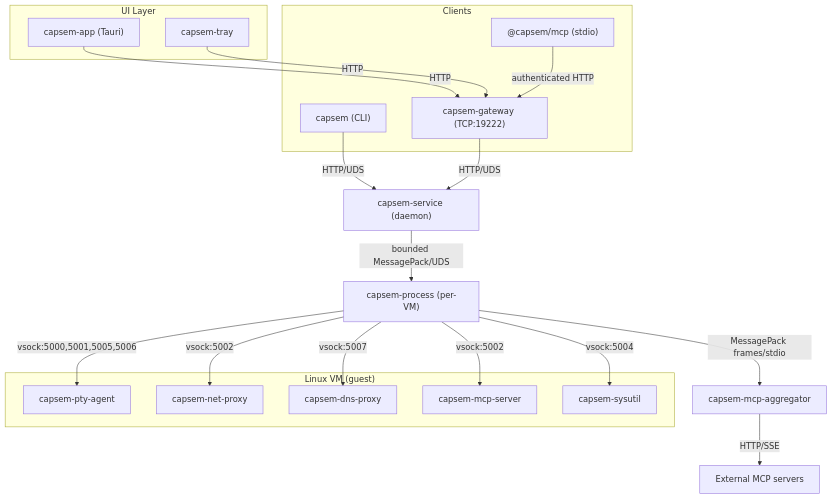
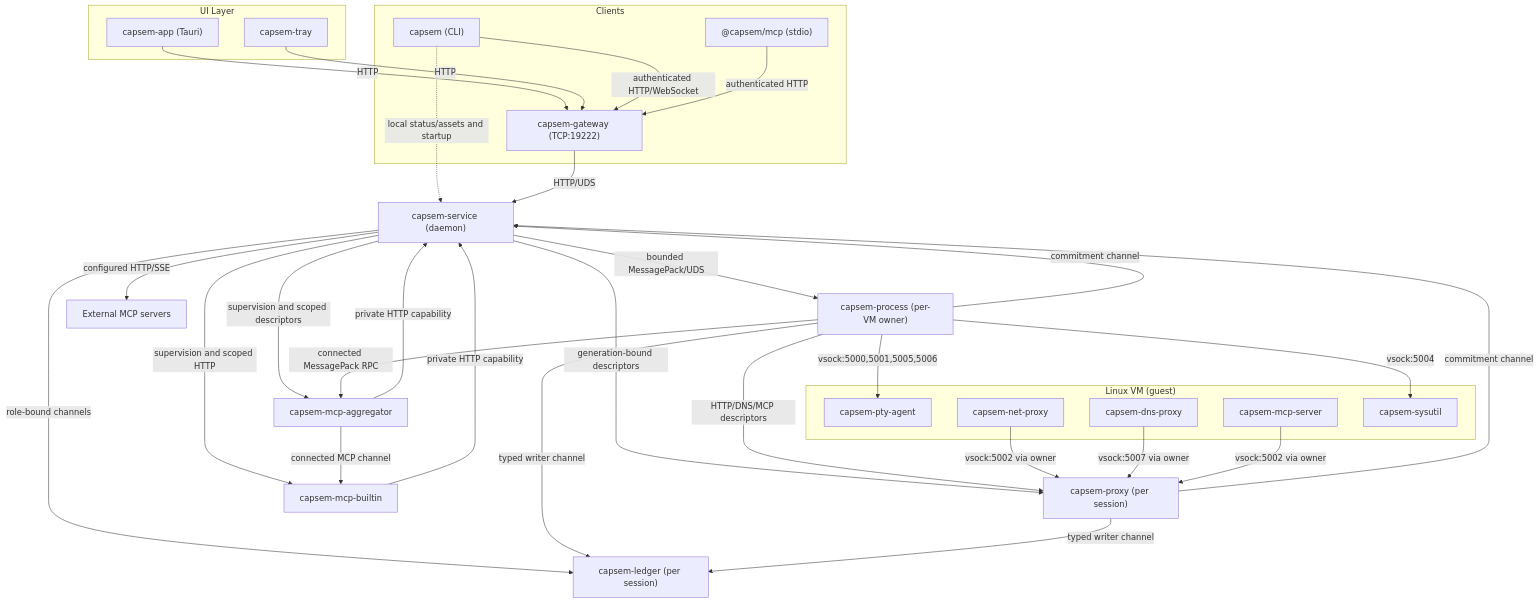
One commit to google/capsem changed the diagram in web/docs/src/content/docs/architecture/service-architecture.md. Above: the diagram before and after it, drawn with Mermaid. The commit also changed other lines of this file and 96 other files, not shown here.

````diff
--- a/web/docs/src/content/docs/architecture/service-architecture.md
+++ b/web/docs/src/content/docs/architecture/service-architecture.md
@@ -45,41 +52,54 @@
 ```mermaid
 graph TD
     subgraph Clients
         CLI["capsem (CLI)"]
         MCP["@capsem/mcp (stdio)"]
         GW["capsem-gateway (TCP:19222)"]
     end
 
     subgraph "UI Layer"
         APP["capsem-app (Tauri)"]
         TRAY["capsem-tray"]
     end
 
     APP -->|HTTP| GW
     TRAY -->|HTTP| GW
 
-    CLI -->|HTTP/UDS| SVC
+    CLI -->|"authenticated HTTP/WebSocket"| GW
+    CLI -.->|"local status/assets and startup"| SVC
     MCP -->|"authenticated HTTP"| GW
     GW -->|HTTP/UDS| SVC
 
     SVC["capsem-service (daemon)"]
 
-    SVC -->|"bounded MessagePack/UDS"| PROC["capsem-process (per-VM)"]
+    SVC -->|"bounded MessagePack/UDS"| PROC["capsem-process (per-VM owner)"]
+    SVC -->|"generation-bound descriptors"| PROXY["capsem-proxy (per session)"]
+    SVC -->|"role-bound channels"| LEDGER["capsem-ledger (per session)"]
 
-    PROC -->|"MessagePack frames/stdio"| AGG["capsem-mcp-aggregator"]
-    AGG -->|"HTTP/SSE"| EXT["External MCP servers"]
+    SVC -->|"supervision and scoped descriptors"| AGG["capsem-mcp-aggregator"]
+    SVC -->|"supervision and scoped HTTP"| BUILTIN["capsem-mcp-builtin"]
+    PROC -->|"connected MessagePack RPC"| AGG
+    AGG -->|"connected MCP channel"| BUILTIN
+    AGG -->|"private HTTP capability"| SVC
+    BUILTIN -->|"private HTTP capability"| SVC
+    SVC -->|"configured HTTP/SSE"| EXT["External MCP servers"]
+    PROC -->|"HTTP/DNS/MCP descriptors"| PROXY
+    PROC -->|"typed writer channel"| LEDGER
+    PROXY -->|"typed writer channel"| LEDGER
+    PROC -->|"commitment channel"| SVC
+    PROXY -->|"commitment channel"| SVC
 
     subgraph "Linux VM (guest)"
         AGENT["capsem-pty-agent"]
         NETPROXY["capsem-net-proxy"]
         DNSPROXY["capsem-dns-proxy"]
         MCPGW["capsem-mcp-server"]
         SYSUTIL["capsem-sysutil"]
     end
 
     PROC -->|"vsock:5000,5001,5005,5006"| AGENT
-    PROC -->|"vsock:5002"| NETPROXY
-    PROC -->|"vsock:5007"| DNSPROXY
-    PROC -->|"vsock:5002"| MCPGW
+    NETPROXY -->|"vsock:5002 via owner"| PROXY
+    DNSPROXY -->|"vsock:5007 via owner"| PROXY
+    MCPGW -->|"vsock:5002 via owner"| PROXY
     PROC -->|"vsock:5004"| SYSUTIL
 ```
````
